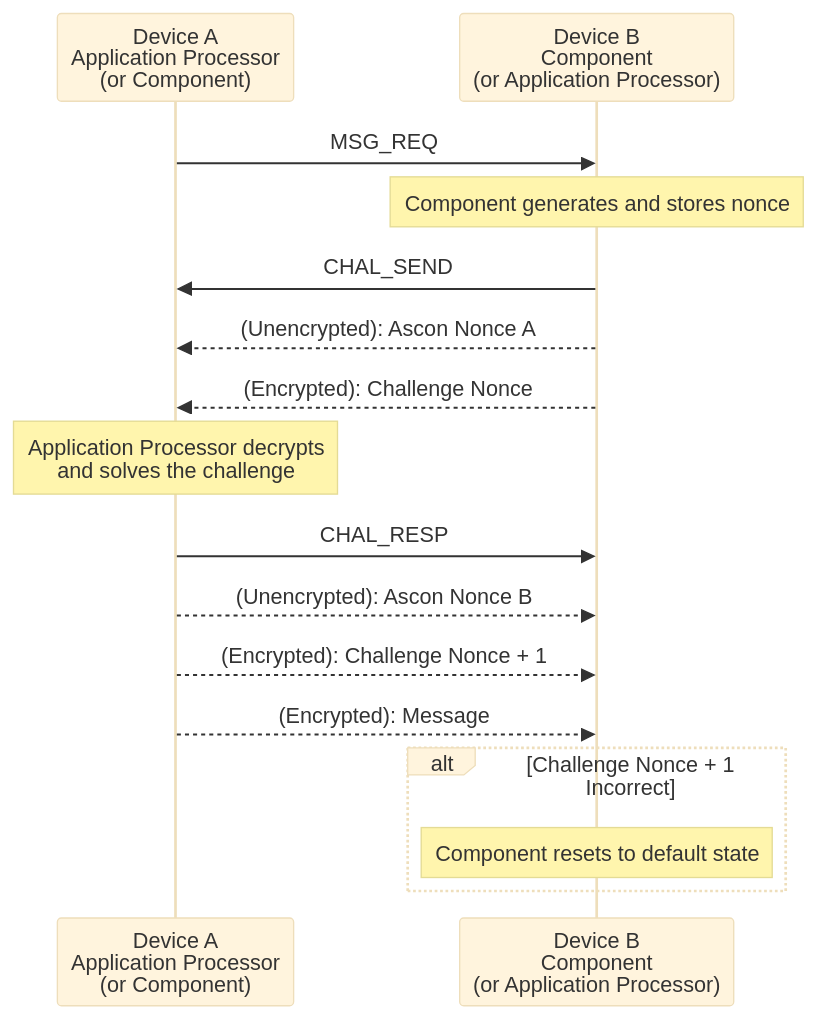
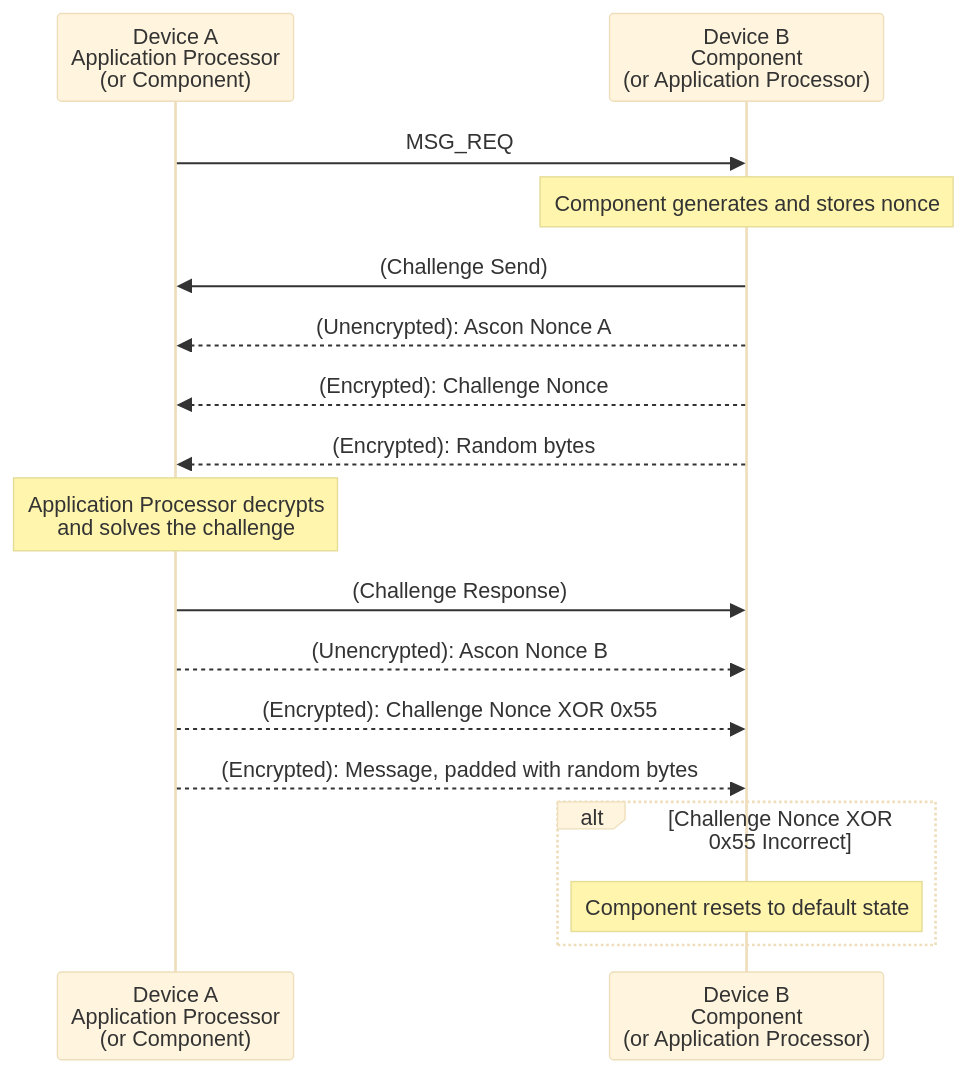
One commit to sigpwny/2024-ectf-uiuc changed the diagram in docs/hide_protocol.md. Above: the diagram before and after it, drawn with Mermaid (base theme). The commit also changed other lines of this file and 18 other files, not shown here.

````diff
--- a/docs/hide_protocol.md
+++ b/docs/hide_protocol.md
@@ -8,24 +8,25 @@
 ```mermaid
 sequenceDiagram
 participant AP as Device A<br />Application Processor<br />(or Component)
 participant C as Device B<br />Component<br />(or Application Processor)
 
 AP ->> C: MSG_REQ
 
 Note over C: Component generates and stores nonce
 
-C ->> AP: CHAL_SEND
+C ->> AP: (Challenge Send)
 C -->> AP: (Unencrypted): Ascon Nonce A
 C -->> AP: (Encrypted): Challenge Nonce
+C -->> AP: (Encrypted): Random bytes
 
 Note over AP: Application Processor decrypts <br/>and solves the challenge
 
-AP ->> C: CHAL_RESP
+AP ->> C: (Challenge Response)
 AP -->> C: (Unencrypted): Ascon Nonce B
-AP -->> C: (Encrypted): Challenge Nonce + 1
-AP -->> C: (Encrypted): Message
+AP -->> C: (Encrypted): Challenge Nonce XOR 0x55
+AP -->> C: (Encrypted): Message, padded with random bytes
 
-alt Challenge Nonce + 1 Incorrect
+alt Challenge Nonce XOR 0x55 Incorrect
 	Note over C: Component resets to default state
 end
 ```
````
